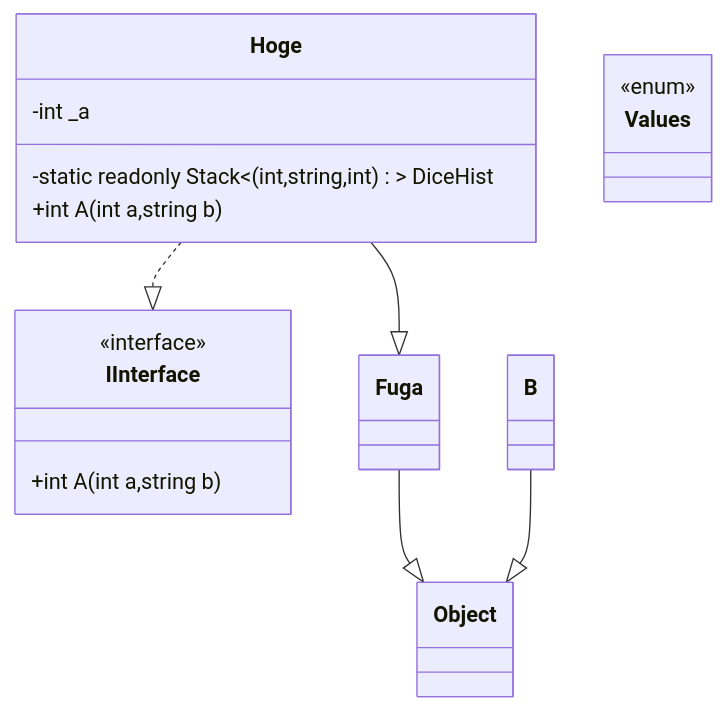
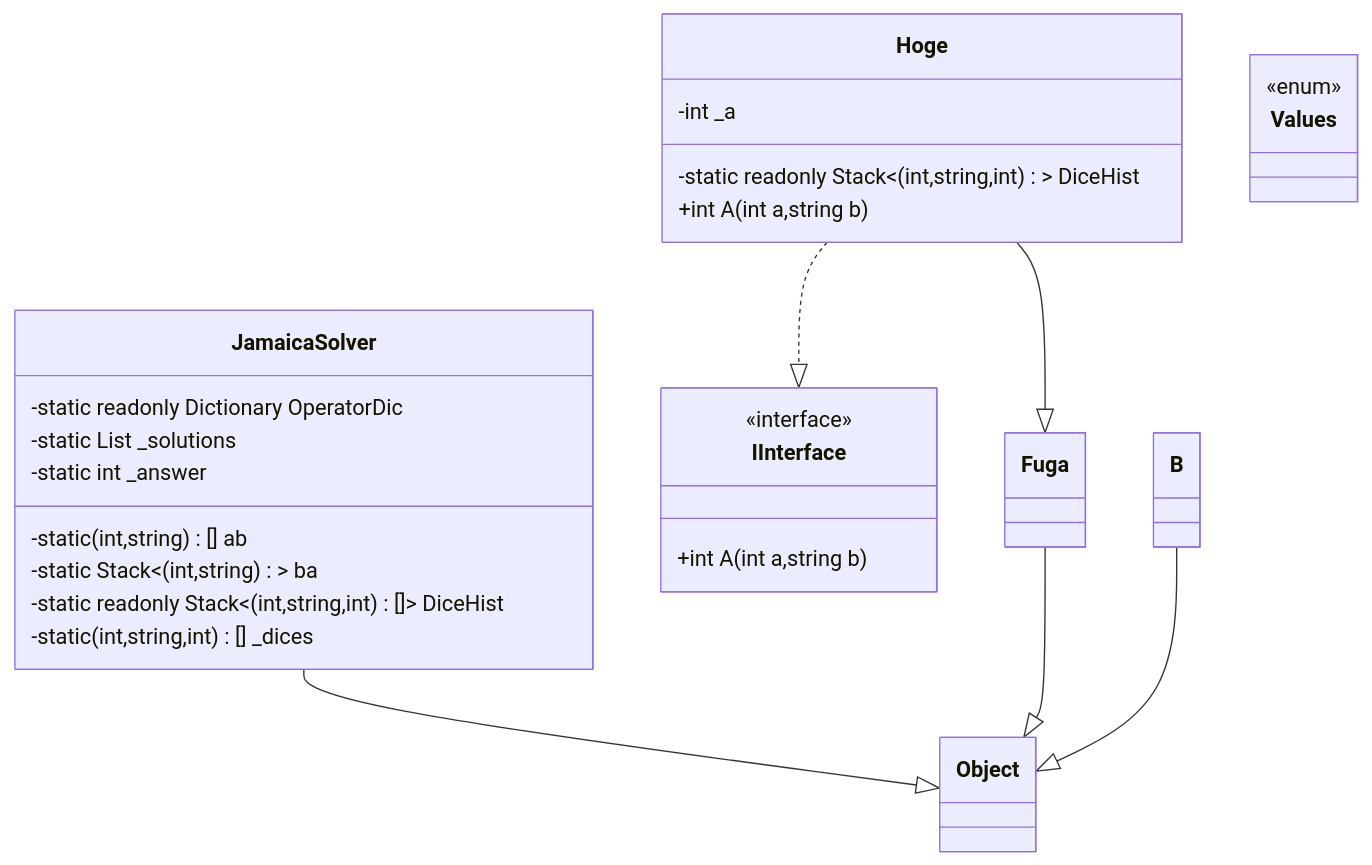
The diagram in Assets/MermaidMaker/ClassDiagram1.md (takuto0404/MermaidMaker), drawn with Mermaid before and after one commit. The commit also changed 3 other files, not shown here.

````diff
--- a/Assets/MermaidMaker/ClassDiagram1.md
+++ b/Assets/MermaidMaker/ClassDiagram1.md
@@ -1,28 +1,39 @@
 ```mermaid
     classDiagram
+
+    class JamaicaSolver{
+       -static (int,string)[] ab
+       -static Stack<(int,string)> ba
+       -static readonly Stack<(int,string,int)[]> DiceHist
+       -static readonly Dictionary<int,string> OperatorDic
+       -static (int,string,int)[] _dices
+       -static List<string> _solutions
+       -static int _answer
+   }
 
     class Hoge{
        -static readonly Stack<(int,string,int)> DiceHist
        -int _a
        +int A(int a,string b)
    }
 
     class Values{
     <<enum>>
    }
 
     class IInterface{
     <<interface>>
        +int A(int a,string b)
    }
 
     class Fuga{
    }
 
     class B{
    }
+JamaicaSolver --|> Object
 Hoge --|> Fuga
 Hoge ..|> IInterface
 Fuga --|> Object
 B --|> Object
 ```
````
